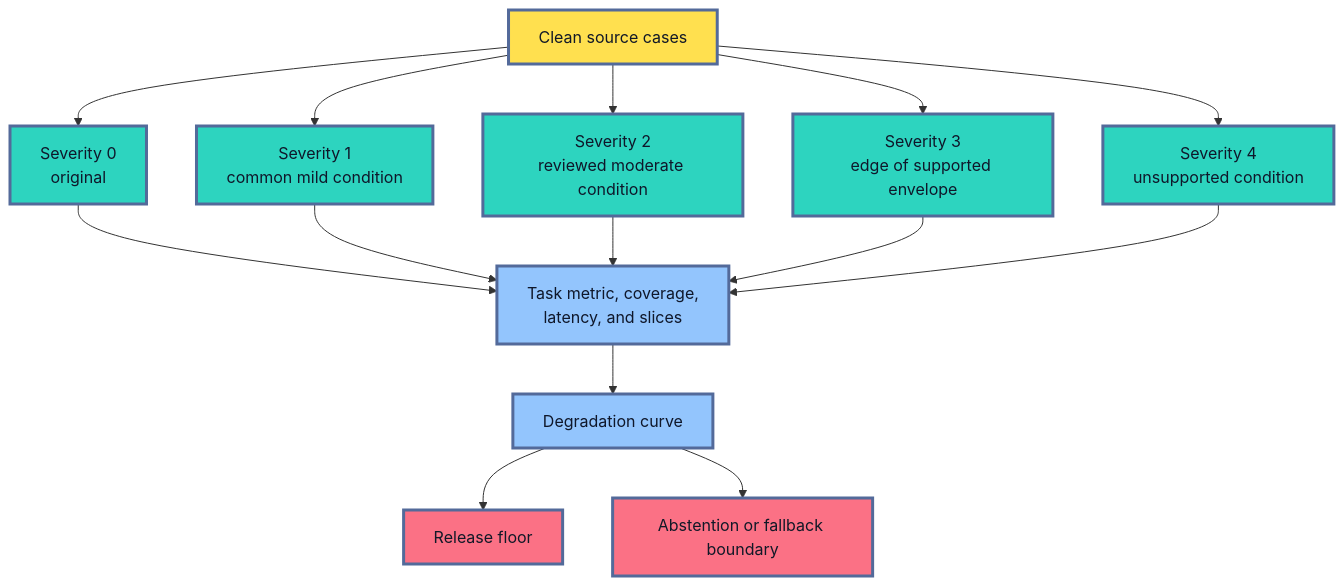
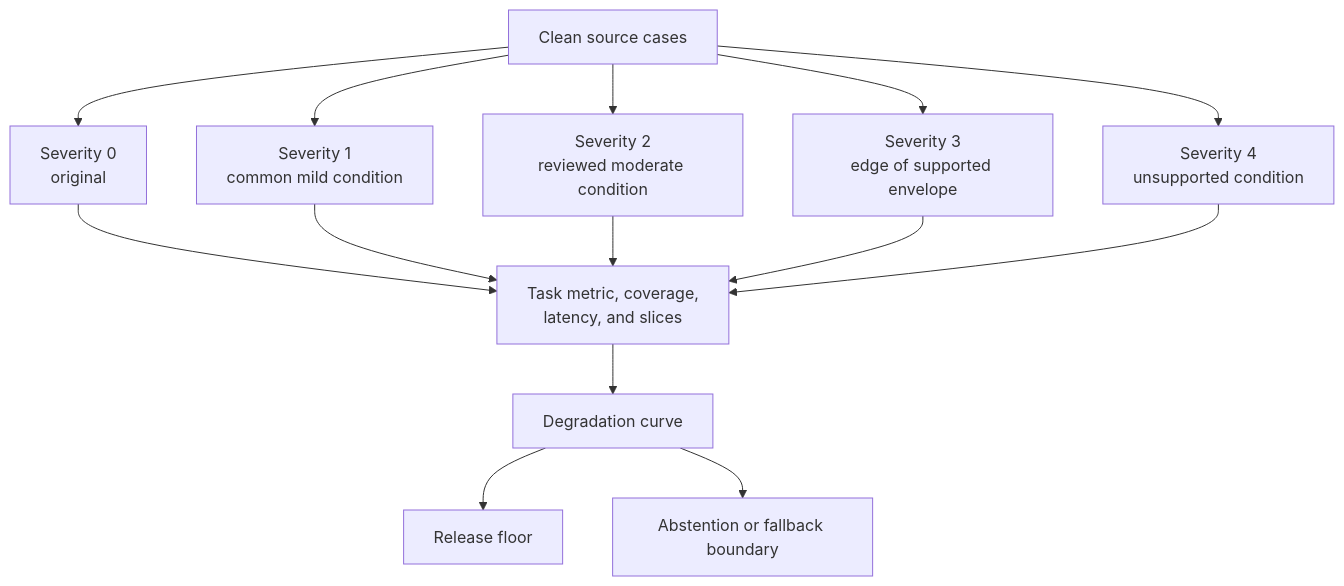
The sixth of 12 diagrams in roadmaps/mlops/modules/model-evaluation/production-readiness/03-robustness-testing-before-release.md (senlinyy/dev-roadmaps), drawn with Mermaid before and after one commit. The commit also changed other lines of this file and 152 other files, not shown here.

Commit message:
feat: mlops and diagrams updated

````diff
--- a/roadmaps/mlops/modules/model-evaluation/production-readiness/03-robustness-testing-before-release.md
+++ b/roadmaps/mlops/modules/model-evaluation/production-readiness/03-robustness-testing-before-release.md
@@ -378,25 +359,21 @@
 ```mermaid
 flowchart TD
     A["Clean source cases"] --> B["Severity 0<br/>original"]
     A --> C["Severity 1<br/>common mild condition"]
     A --> D["Severity 2<br/>reviewed moderate condition"]
     A --> E["Severity 3<br/>edge of supported envelope"]
     A --> F["Severity 4<br/>unsupported condition"]
     B --> G["Task metric, coverage,<br/>latency, and slices"]
     C --> G
     D --> G
     E --> G
     F --> G
     G --> H["Degradation curve"]
     H --> I["Release floor"]
     H --> J["Abstention or fallback boundary"]
 
-    classDef source fill:#FFE04F,stroke:#536A9A,stroke-width:3px,color:#111827
-    classDef severity fill:#2DD4BF,stroke:#536A9A,stroke-width:3px,color:#0F172A
-    classDef evidence fill:#93C5FD,stroke:#536A9A,stroke-width:3px,color:#0F172A
-    classDef decision fill:#FB7185,stroke:#536A9A,stroke-width:3px,color:#111827
     class A source
     class B,C,D,E,F severity
     class G,H evidence
     class I,J decision
 ```
````
